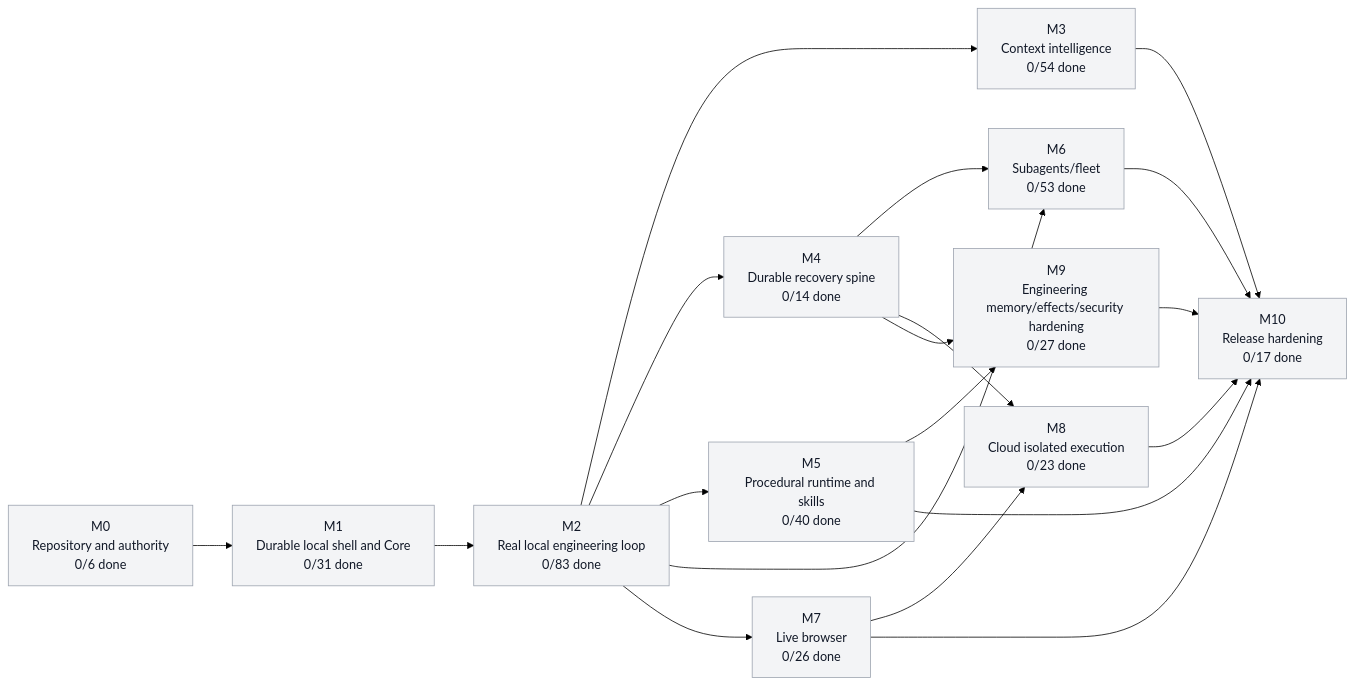
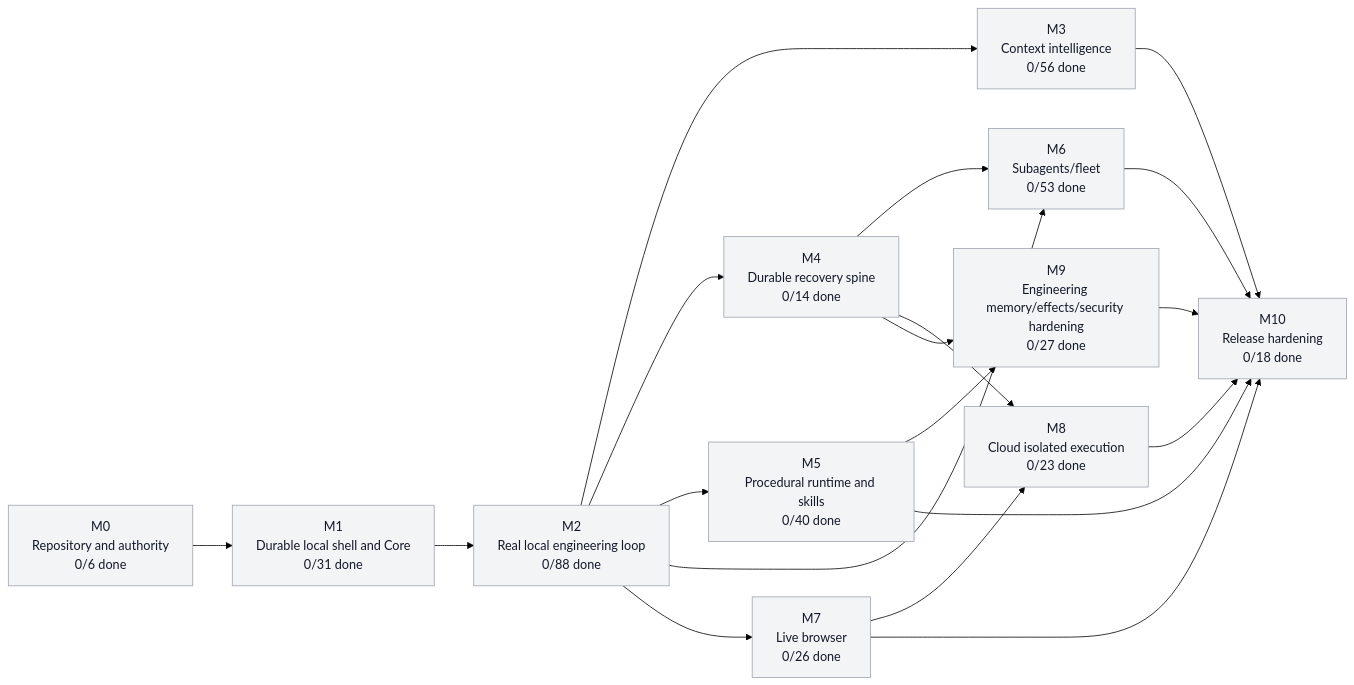
One commit to moss101/modbit changed the first of 5 diagrams in graph/PROJECT_GRAPH.md. Above: the diagram before and after it, drawn with Mermaid (forest theme). The commit also changed other lines of this file and 18 other files, not shown here.

````diff
--- a/graph/PROJECT_GRAPH.md
+++ b/graph/PROJECT_GRAPH.md
@@ -57,43 +57,43 @@
 ```mermaid
 flowchart LR
   M0["M0<br/>Repository and authority<br/>0/6 done"]
   M1["M1<br/>Durable local shell and Core<br/>0/31 done"]
-  M2["M2<br/>Real local engineering loop<br/>0/83 done"]
-  M3["M3<br/>Context intelligence<br/>0/54 done"]
+  M2["M2<br/>Real local engineering loop<br/>0/88 done"]
+  M3["M3<br/>Context intelligence<br/>0/56 done"]
   M4["M4<br/>Durable recovery spine<br/>0/14 done"]
   M5["M5<br/>Procedural runtime and skills<br/>0/40 done"]
   M6["M6<br/>Subagents/fleet<br/>0/53 done"]
   M7["M7<br/>Live browser<br/>0/26 done"]
   M8["M8<br/>Cloud isolated execution<br/>0/23 done"]
   M9["M9<br/>Engineering memory/effects/security hardening<br/>0/27 done"]
-  M10["M10<br/>Release hardening<br/>0/17 done"]
+  M10["M10<br/>Release hardening<br/>0/18 done"]
   M0 --> M1
   M1 --> M2
   M2 --> M3
   M2 --> M4
   M2 --> M5
   M2 --> M6
   M4 --> M6
   M2 --> M7
   M4 --> M8
   M7 --> M8
   M4 --> M9
   M5 --> M9
   M3 --> M10
   M5 --> M10
   M6 --> M10
   M7 --> M10
   M8 --> M10
   M9 --> M10
   style M0 fill:#f3f4f6,stroke:#9ca3af,color:#111827
   style M1 fill:#f3f4f6,stroke:#9ca3af,color:#111827
   style M2 fill:#f3f4f6,stroke:#9ca3af,color:#111827
   style M3 fill:#f3f4f6,stroke:#9ca3af,color:#111827
   style M4 fill:#f3f4f6,stroke:#9ca3af,color:#111827
   style M5 fill:#f3f4f6,stroke:#9ca3af,color:#111827
   style M6 fill:#f3f4f6,stroke:#9ca3af,color:#111827
   style M7 fill:#f3f4f6,stroke:#9ca3af,color:#111827
   style M8 fill:#f3f4f6,stroke:#9ca3af,color:#111827
   style M9 fill:#f3f4f6,stroke:#9ca3af,color:#111827
   style M10 fill:#f3f4f6,stroke:#9ca3af,color:#111827
 ```
````
